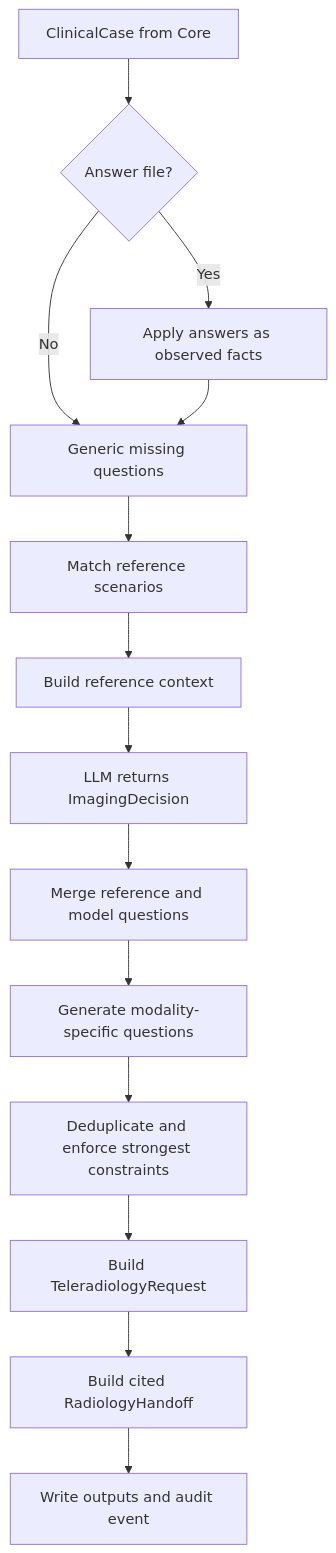
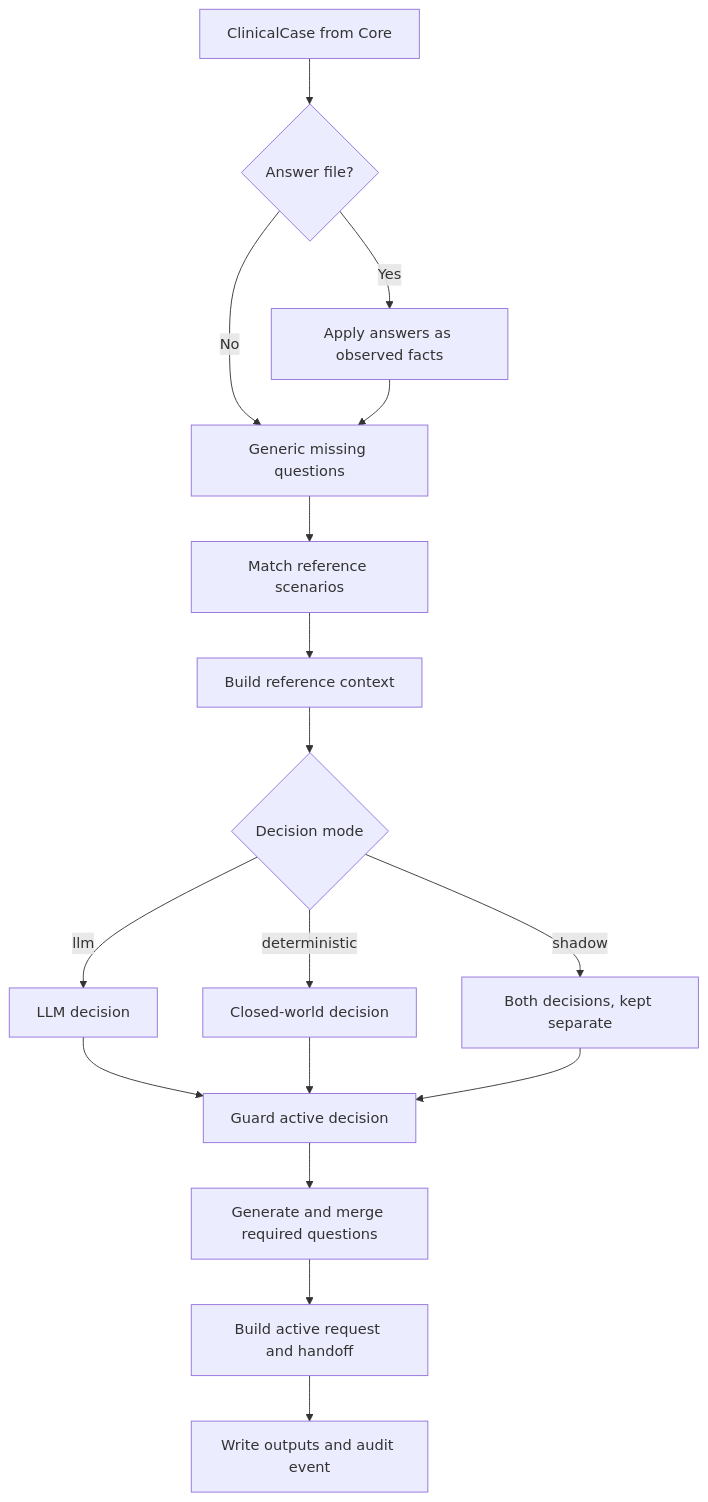
The diagram in docs/request.md (Thibescobar/bulkinout), drawn with Mermaid before and after one commit. The commit also changed other lines of this file and 34 other files, not shown here.

Commit message:
Add deterministic Request decision routing

````diff
--- a/docs/request.md
+++ b/docs/request.md
@@ -7,16 +7,19 @@
 ```mermaid
 flowchart TD
     A[ClinicalCase from Core] --> B{Answer file?}
     B -- Yes --> C[Apply answers as observed facts]
     B -- No --> D[Generic missing questions]
     C --> D
     D --> E[Match reference scenarios]
     E --> F[Build reference context]
-    F --> G[LLM returns ImagingDecision]
-    G --> H[Merge reference and model questions]
-    H --> I[Generate modality-specific questions]
-    I --> J[Deduplicate and enforce strongest constraints]
-    J --> K[Build TeleradiologyRequest]
-    K --> L[Build cited RadiologyHandoff]
-    L --> M[Write outputs and audit event]
+    F --> G{Decision mode}
+    G -->|llm| H[LLM decision]
+    G -->|deterministic| I[Closed-world decision]
+    G -->|shadow| J[Both decisions, kept separate]
+    H --> K[Guard active decision]
+    I --> K
+    J --> K
+    K --> L[Generate and merge required questions]
+    L --> M[Build active request and handoff]
+    M --> N[Write outputs and audit event]
 ```
````
